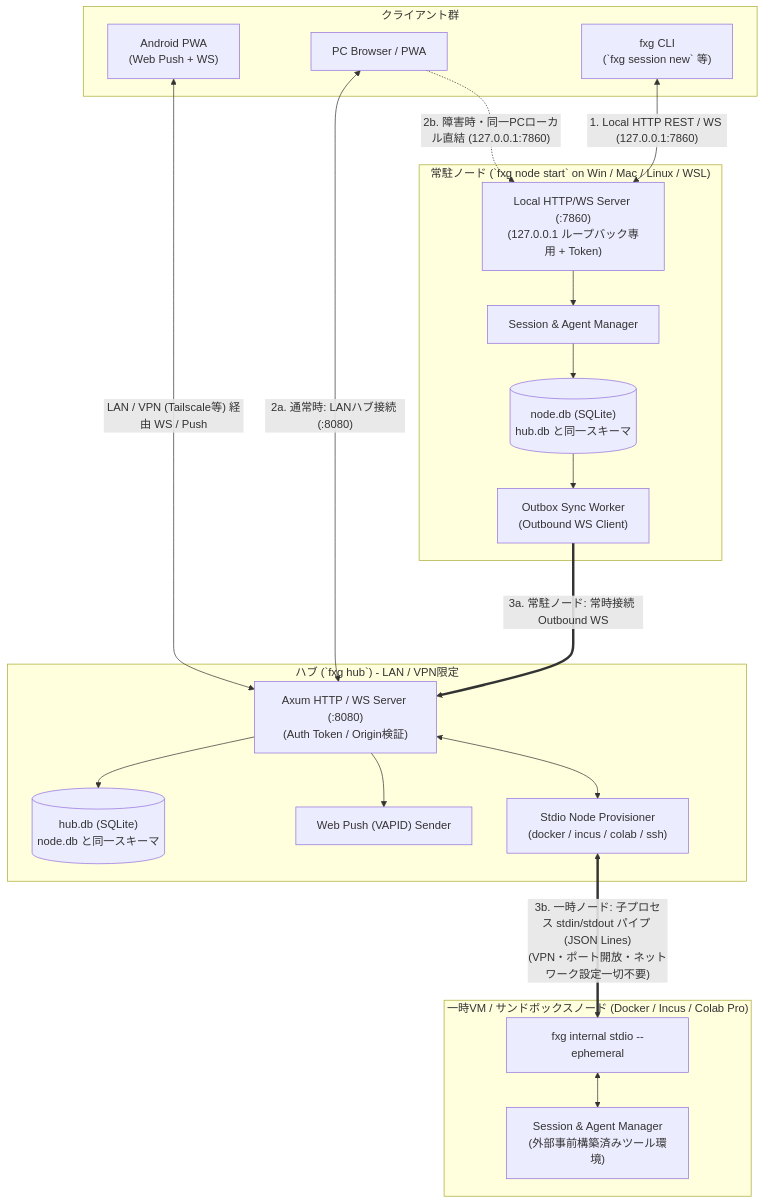
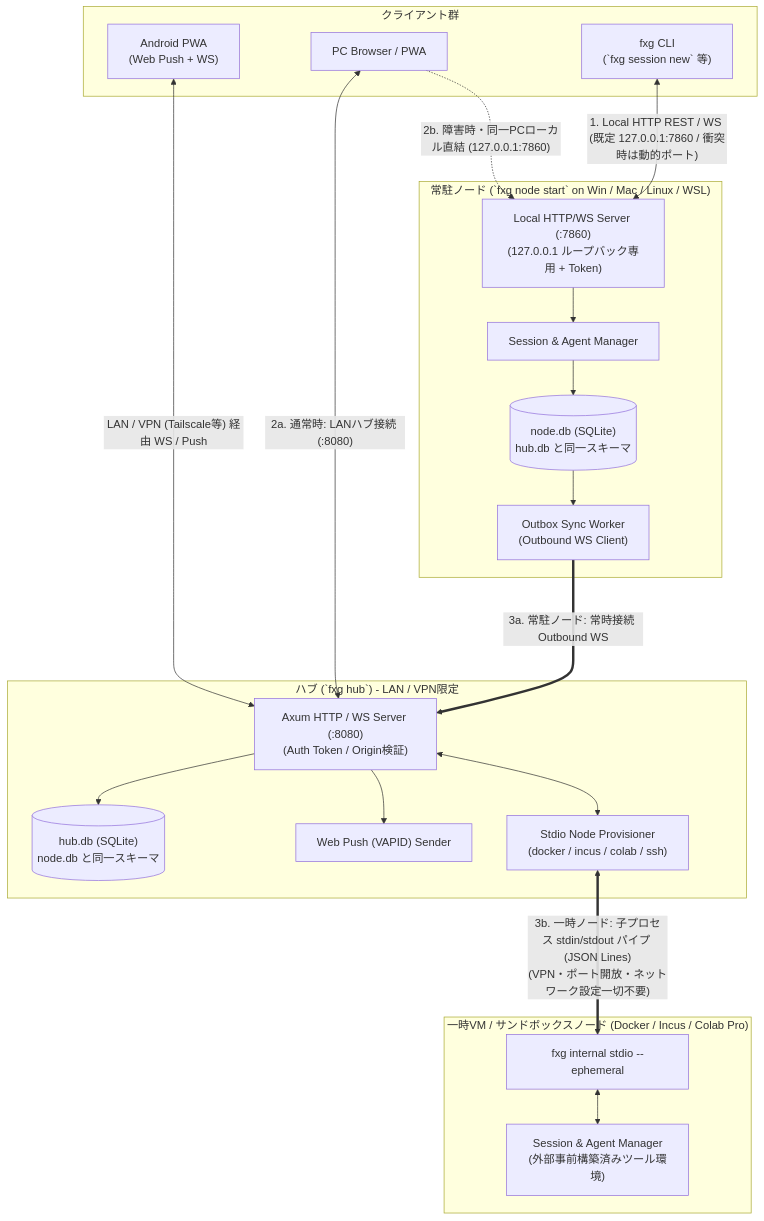
One commit to nazo6/flexagent changed the first of 3 diagrams in docs/01-architecture-and-sync.md. Above: the diagram before and after it, drawn with Mermaid. The commit also changed other lines of this file and 7 other files, not shown here.

````diff
--- a/docs/01-architecture-and-sync.md
+++ b/docs/01-architecture-and-sync.md
@@ -10,42 +15,42 @@
 ```mermaid
 flowchart TB
     subgraph Clients["クライアント群"]
         AndroidPWA["Android PWA<br/>(Web Push + WS)"]
         Browser["PC Browser / PWA"]
         CLI["fxg CLI<br/>(`fxg session new` 等)"]
     end
 
     subgraph HubGroup["ハブ (`fxg hub`) - LAN / VPN限定"]
         HubAPI["Axum HTTP / WS Server (:8080)<br/>(Auth Token / Origin検証)"]
         Prov["Stdio Node Provisioner<br/>(docker / incus / colab / ssh)"]
         Push["Web Push (VAPID) Sender"]
         HubDB[("hub.db (SQLite)<br/>node.db と同一スキーマ")]
         HubAPI --> HubDB
         HubAPI --> Push
         HubAPI <--> Prov
     end
 
     subgraph Node["常駐ノード (`fxg node start` on Win / Mac / Linux / WSL)"]
         LocalAPI["Local HTTP/WS Server (:7860)<br/>(127.0.0.1 ループバック専用 + Token)"]
         SyncWorker["Outbox Sync Worker<br/>(Outbound WS Client)"]
         SessionMgr["Session & Agent Manager"]
         NodeDB[("node.db (SQLite)<br/>hub.db と同一スキーマ")]
 
         LocalAPI --> SessionMgr
         SessionMgr --> NodeDB
         NodeDB --> SyncWorker
     end
 
     subgraph EphemeralNode["一時VM / サンドボックスノード (Docker / Incus / Colab Pro)"]
         EphNode["fxg internal stdio --ephemeral"]
         EphAgent["Session & Agent Manager<br/>(外部事前構築済みツール環境)"]
         EphNode <--> EphAgent
     end
 
-    CLI <-->|"1. Local HTTP REST / WS (127.0.0.1:7860)"| LocalAPI
+    CLI <-->|"1. Local HTTP REST / WS (既定 127.0.0.1:7860 / 衝突時は動的ポート)"| LocalAPI
     Browser <-->|"2a. 通常時: LANハブ接続 (:8080)"| HubAPI
     Browser -.->|"2b. 障害時・同一PCローカル直結 (127.0.0.1:7860)"| LocalAPI
     AndroidPWA <-->|"LAN / VPN (Tailscale等) 経由 WS / Push"| HubAPI
     SyncWorker ===>|"3a. 常駐ノード: 常時接続 Outbound WS"| HubAPI
     Prov <==>|"3b. 一時ノード: 子プロセス stdin/stdout パイプ (JSON Lines)<br/>(VPN・ポート開放・ネットワーク設定一切不要)"| EphNode
 ```
````
